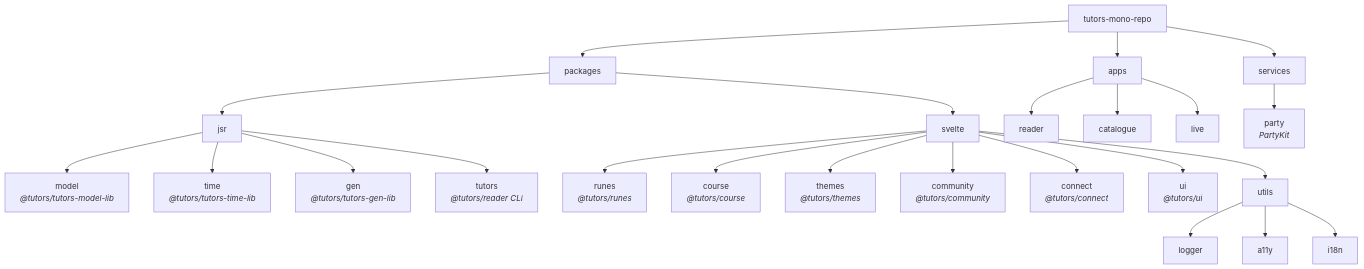
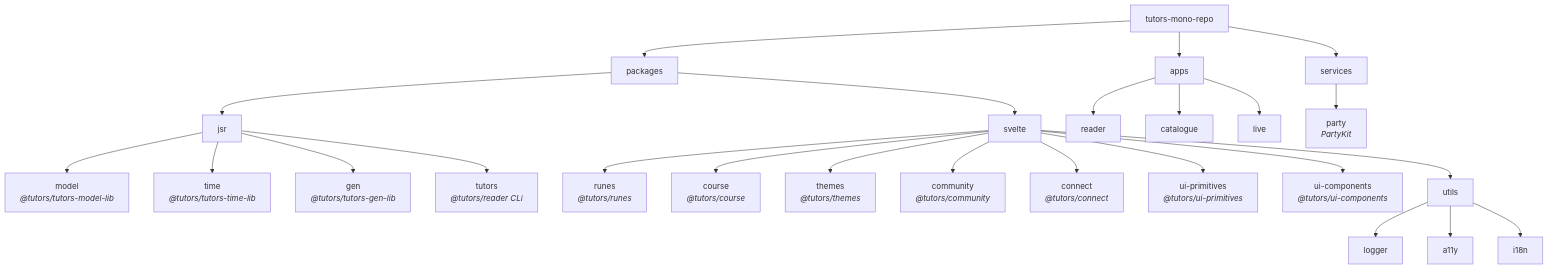
Before and after one commit to tutors-sdk/workshop-2024: the third of 13 diagrams in unit-4-implement/note-architecture/note-architecture.md, drawn with Mermaid. The commit also changed other lines of this file, not shown here.

Commit message:
update diagrams

````diff
--- a/unit-4-implement/note-architecture/note-architecture.md
+++ b/unit-4-implement/note-architecture/note-architecture.md
@@ -179,33 +180,34 @@
 ```mermaid
 graph TD
   root["tutors-mono-repo"]
 
   root --> packages
   root --> apps
   root --> services
 
   packages --> jsr
   packages --> svelte_pkg["svelte"]
 
   jsr --> model["model<br/><i>@tutors/tutors-model-lib</i>"]
   jsr --> time["time<br/><i>@tutors/tutors-time-lib</i>"]
   jsr --> gen["gen<br/><i>@tutors/tutors-gen-lib</i>"]
   jsr --> tutors_cli["tutors<br/><i>@tutors/reader CLI</i>"]
 
   svelte_pkg --> runes["runes<br/><i>@tutors/runes</i>"]
   svelte_pkg --> course["course<br/><i>@tutors/course</i>"]
   svelte_pkg --> themes["themes<br/><i>@tutors/themes</i>"]
   svelte_pkg --> community["community<br/><i>@tutors/community</i>"]
   svelte_pkg --> connect["connect<br/><i>@tutors/connect</i>"]
-  svelte_pkg --> ui["ui<br/><i>@tutors/ui</i>"]
+  svelte_pkg --> ui_prim["ui-primitives<br/><i>@tutors/ui-primitives</i>"]
+  svelte_pkg --> ui_comp["ui-components<br/><i>@tutors/ui-components</i>"]
   svelte_pkg --> utils
   utils --> logger["logger"]
   utils --> a11y["a11y"]
   utils --> i18n["i18n"]
 
   apps --> reader_app["reader"]
   apps --> catalogue_app["catalogue"]
   apps --> live_app["live"]
 
   services --> party["party<br/><i>PartyKit</i>"]
 ```
````
